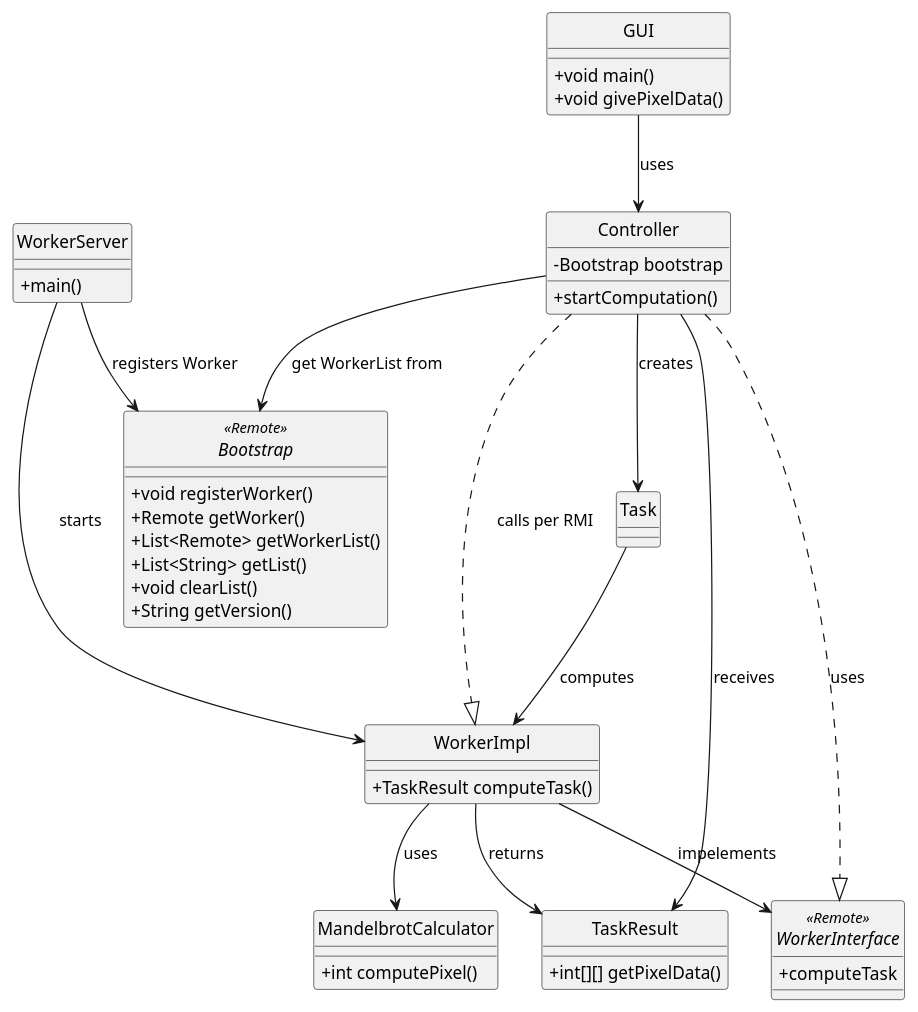
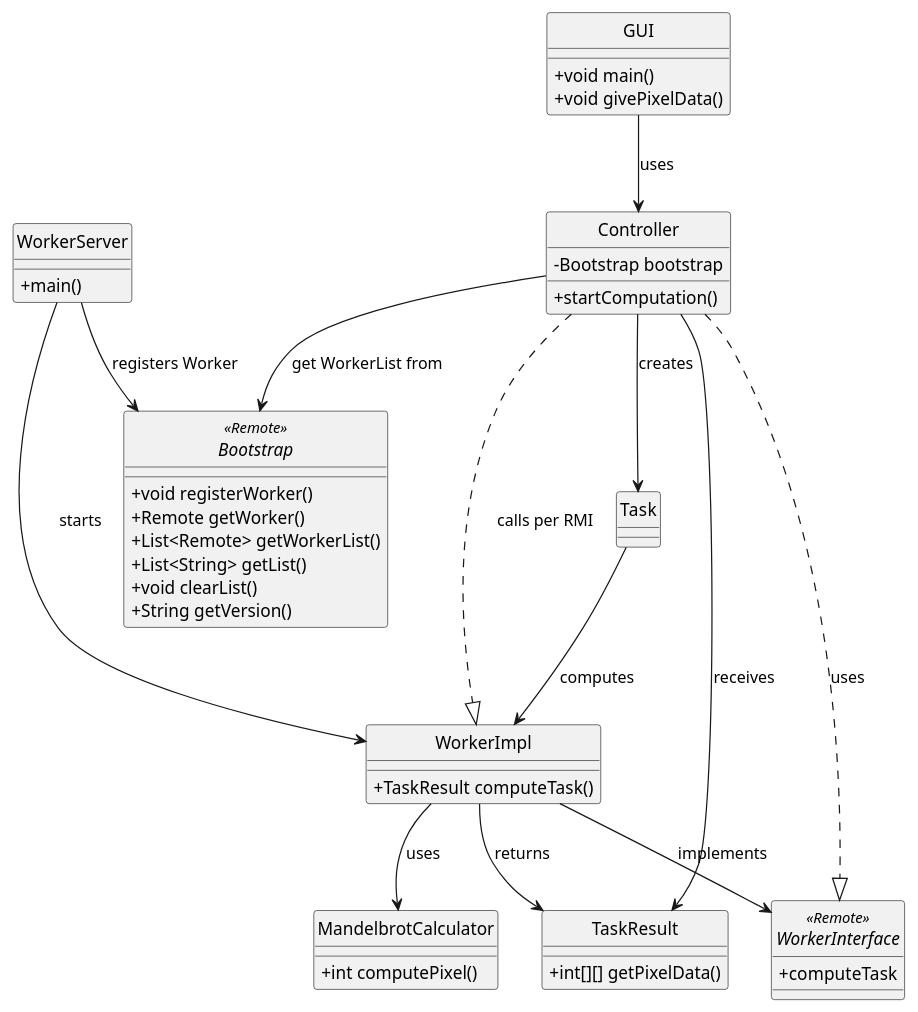
Before and after one commit to HTWDD-RN/vs-Beleg-ATEG: the diagram in UML_Klassendiagramm.puml, drawn with PlantUML.

```diff
--- a/UML_Klassendiagramm.puml
+++ b/UML_Klassendiagramm.puml
@@ -1,56 +1,56 @@
 @startuml
 skinparam style strictuml
 skinparam classAttributeIconSize 0
 
 ' Interfaces
 interface WorkerInterface <<Remote>>{
     +computeTask
     }
 interface Bootstrap <<Remote>> {
     +void registerWorker()
     +Remote getWorker()
     +List<Remote> getWorkerList()
     +List<String> getList()
     +void clearList()
     +String getVersion()
 }
 
 ' Klassen
 class GUI {
     +void main()
     +void givePixelData()
 }
 class Controller{    
     -Bootstrap bootstrap
     +startComputation()
     }
 class MandelbrotCalculator{
     +int computePixel()
 }
 class WorkerImpl{
     +TaskResult computeTask()
 }
 class WorkerServer{
     +main()
 }
 class Task 
 
 class TaskResult {
     +int[][] getPixelData()
 }
 
 ' Beziehungen
 
 GUI --> Controller : uses
 Controller --> Bootstrap : get WorkerList from
 Controller ..|> WorkerInterface : uses
 Controller ..|> WorkerImpl : calls per RMI
 Controller --> Task : creates
 Controller --> TaskResult : receives
-WorkerImpl --> WorkerInterface : impelements
+WorkerImpl --> WorkerInterface : implements
 WorkerImpl --> MandelbrotCalculator : uses
 WorkerServer -->Bootstrap : registers Worker
 WorkerServer --> WorkerImpl : starts
 WorkerImpl --> TaskResult : returns
 Task --> WorkerImpl : computes
 @enduml
```
